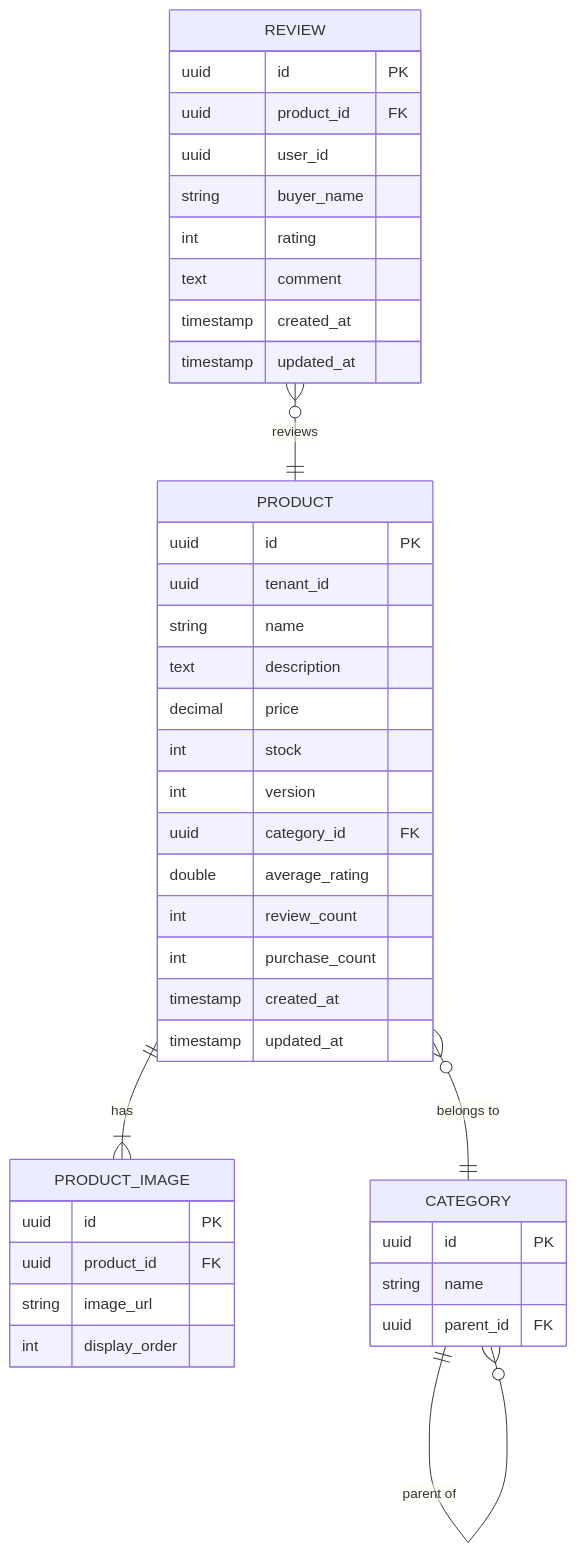
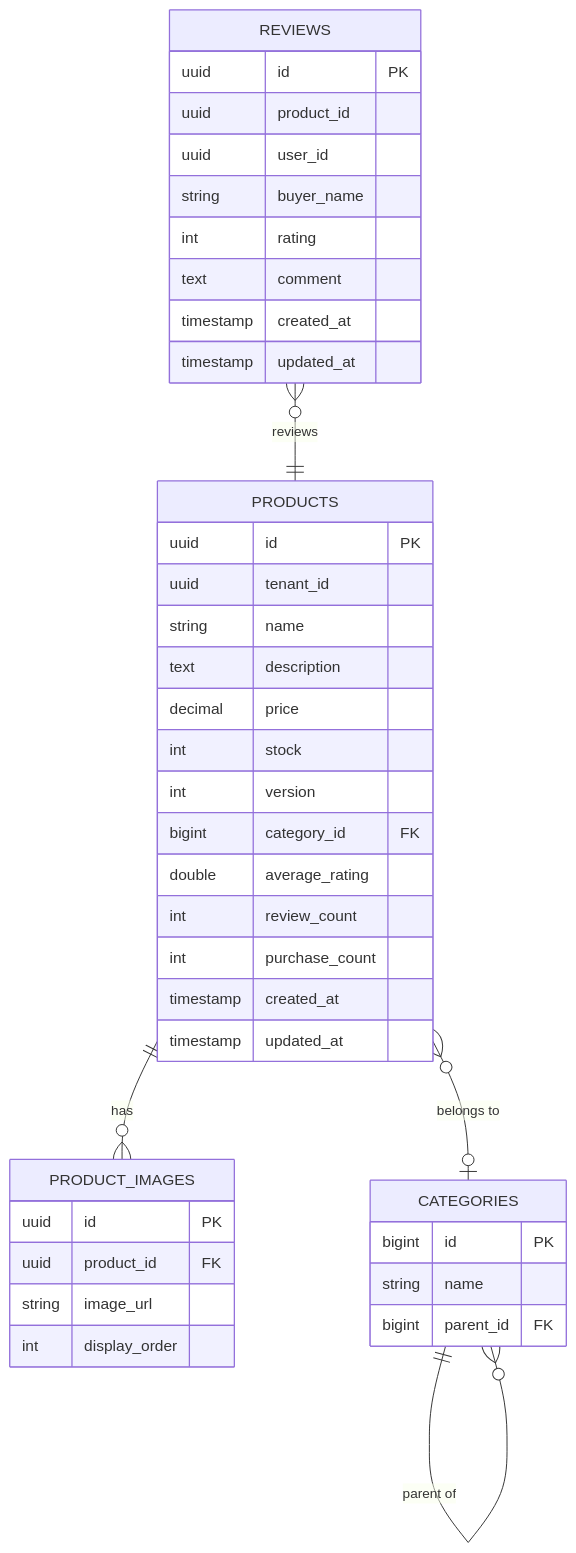
The diagram in diagrams/catalog-service/er-diagram.md (stefann5/marketplace), drawn with Mermaid before and after one commit. The commit also changed 13 other files, not shown here.

````diff
--- a/diagrams/catalog-service/er-diagram.md
+++ b/diagrams/catalog-service/er-diagram.md
@@ -3,47 +3,47 @@
 ```mermaid
 erDiagram
-    PRODUCT {
+    PRODUCTS {
         uuid id PK
         uuid tenant_id
         string name
         text description
         decimal price
         int stock
         int version
-        uuid category_id FK
+        bigint category_id FK
         double average_rating
         int review_count
         int purchase_count
         timestamp created_at
         timestamp updated_at
     }
 
-    PRODUCT_IMAGE {
+    PRODUCT_IMAGES {
         uuid id PK
         uuid product_id FK
         string image_url
         int display_order
     }
 
-    CATEGORY {
-        uuid id PK
+    CATEGORIES {
+        bigint id PK
         string name
-        uuid parent_id FK
+        bigint parent_id FK
     }
 
-    REVIEW {
+    REVIEWS {
         uuid id PK
-        uuid product_id FK
+        uuid product_id
         uuid user_id
         string buyer_name
         int rating
         text comment
         timestamp created_at
         timestamp updated_at
     }
 
-    PRODUCT }o--|| CATEGORY : "belongs to"
-    PRODUCT ||--|{ PRODUCT_IMAGE : "has"
-    REVIEW }o--|| PRODUCT : "reviews"
-    CATEGORY ||--o{ CATEGORY : "parent of"
+    PRODUCTS }o--o| CATEGORIES : "belongs to"
+    PRODUCTS ||--o{ PRODUCT_IMAGES : "has"
+    REVIEWS }o--|| PRODUCTS : "reviews"
+    CATEGORIES ||--o{ CATEGORIES : "parent of"
 ```
````
